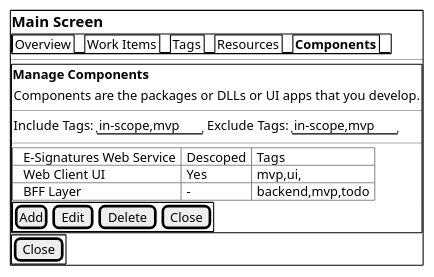
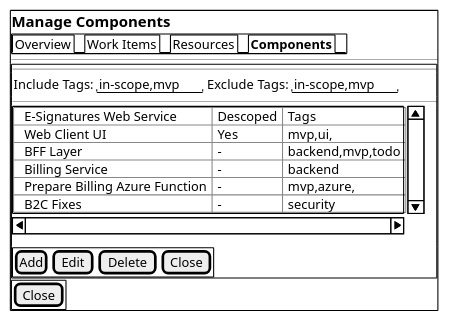
Before and after one commit to bobbyache/EffortEstimator: the diagram in docs/screens/manage-components.plantuml, drawn with PlantUML. The commit also changed 10 other files, not shown here.

```diff
--- a/docs/screens/manage-components.plantuml
+++ b/docs/screens/manage-components.plantuml
@@ -1,33 +1,35 @@
-@startsalt
+@startsalt "Manage Components"
 
     {+
-        == Main Screen
+        == Manage Components
         {+
-            {/ Overview | Work Items | Tags | Resources | <b>Components }
+            {/ Overview | Work Items | Resources | <b>Components }
         }
         ---
         {+
-            <b>Manage Components
-            {
-                Components are the packages or DLLs or UI apps that you develop.
-            }
             ---
             {
                 Include Tags: | "in-scope,mvp" | Exclude Tags: | "in-scope,mvp" | 
             }
             ---
-            {T#
-                +E-Signatures Web Service | Descoped | Tags
-                +Web Client UI | Yes | mvp,ui,
-                +BFF Layer | - | backend,mvp,todo
+            {S
+                {T#
+                    +E-Signatures Web Service | Descoped | Tags
+                    +Web Client UI | Yes | mvp,ui,
+                    +BFF Layer | - | backend,mvp,todo
+                    +Billing Service | - | backend
+                    +Prepare Billing Azure Function | - | mvp,azure,
+                    +B2C Fixes | - | security
+                }
             }
+
             {+
                 [Add] | [Edit] | [Delete] | [Close]
             }
         }
 
         {+
             [Close]
         }
     }
 @endsalt
```
